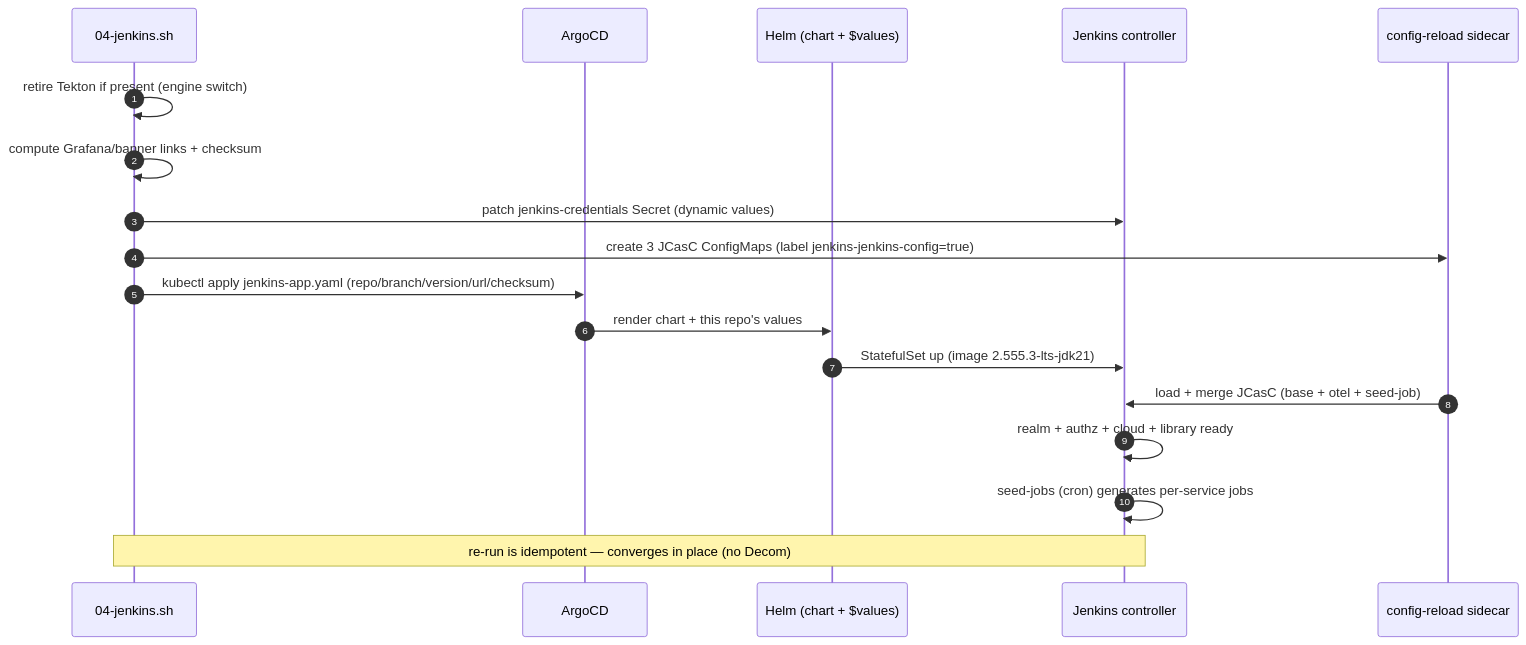
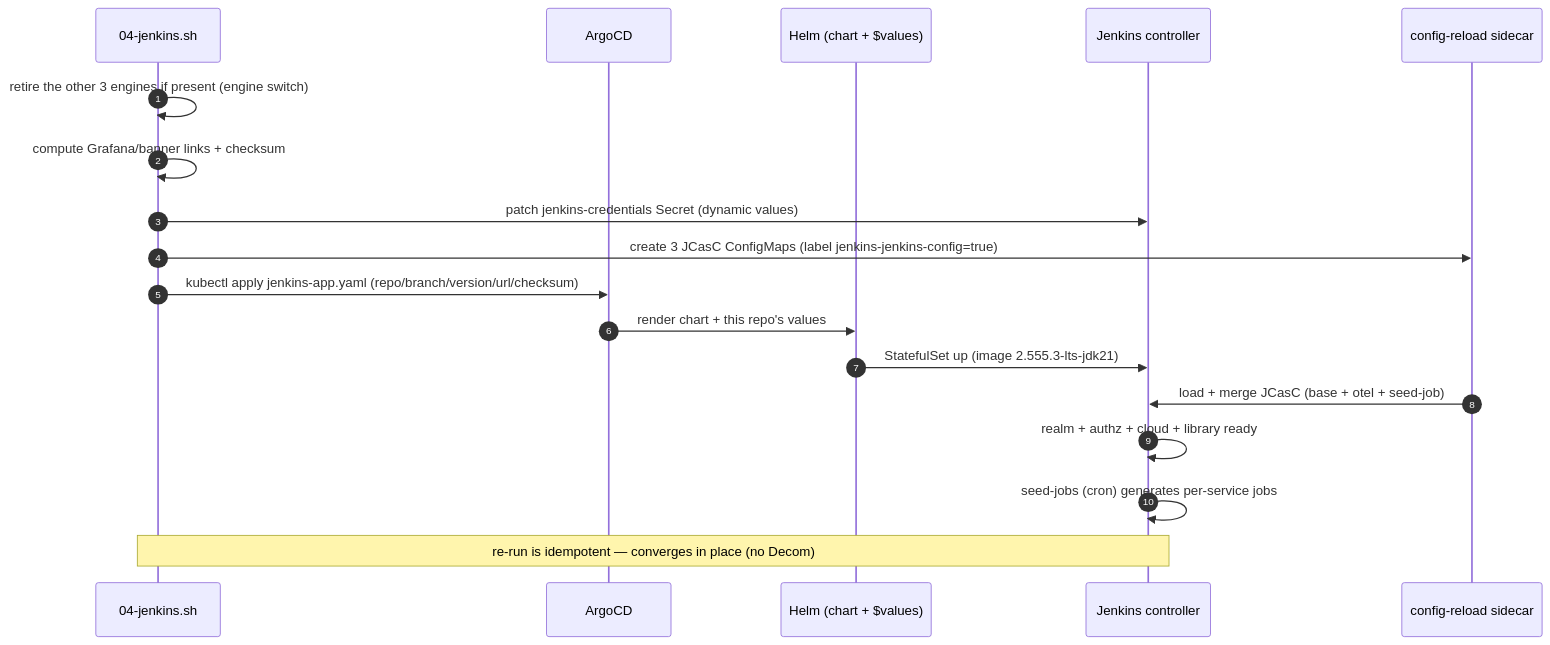
Before and after one commit to nubenetes/jenkins-2026: the tenth of 10 diagrams in docs/401-JENKINS.md, drawn with Mermaid. The commit also changed other lines of this file and 28 other files, not shown here.

````diff
--- a/docs/401-JENKINS.md
+++ b/docs/401-JENKINS.md
@@ -486,21 +495,21 @@
 ```mermaid
 sequenceDiagram
   autonumber
   participant S as 04-jenkins.sh
   participant A as ArgoCD
   participant H as Helm (chart + $values)
   participant J as Jenkins controller
   participant R as config-reload sidecar
 
-  S->>S: retire Tekton if present (engine switch)
+  S->>S: retire the other 3 engines if present (engine switch)
   S->>S: compute Grafana/banner links + checksum
   S->>J: patch jenkins-credentials Secret (dynamic values)
   S->>R: create 3 JCasC ConfigMaps (label jenkins-jenkins-config=true)
   S->>A: kubectl apply jenkins-app.yaml (repo/branch/version/url/checksum)
   A->>H: render chart + this repo's values
   H->>J: StatefulSet up (image 2.555.3-lts-jdk21)
   R->>J: load + merge JCasC (base + otel + seed-job)
   J->>J: realm + authz + cloud + library ready
   J->>J: seed-jobs (cron) generates per-service jobs
   Note over S,J: re-run is idempotent — converges in place (no Decom)
 ```
````
